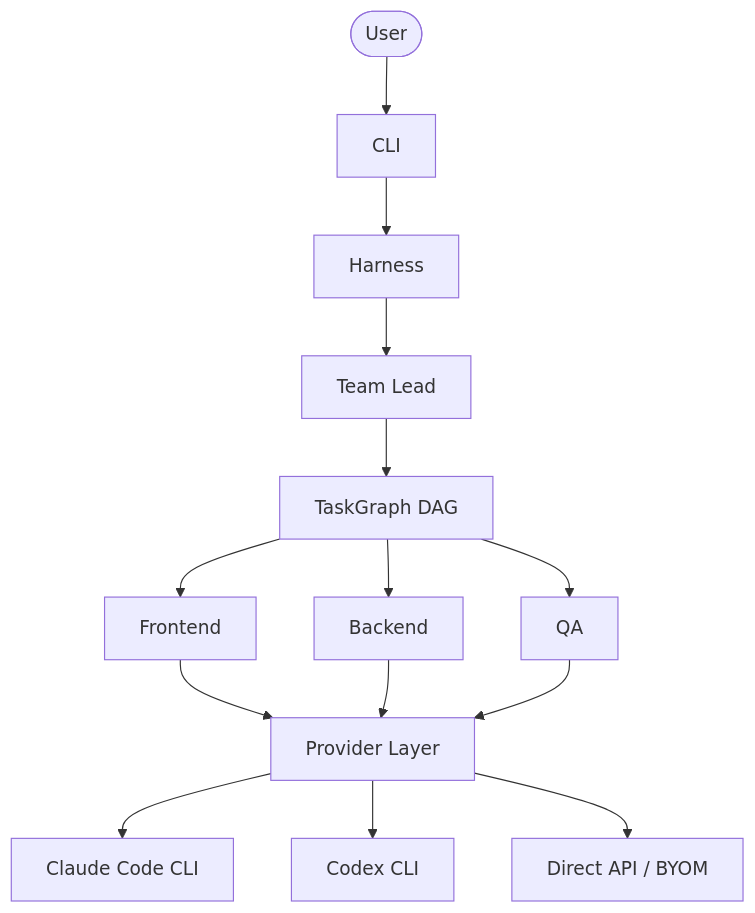
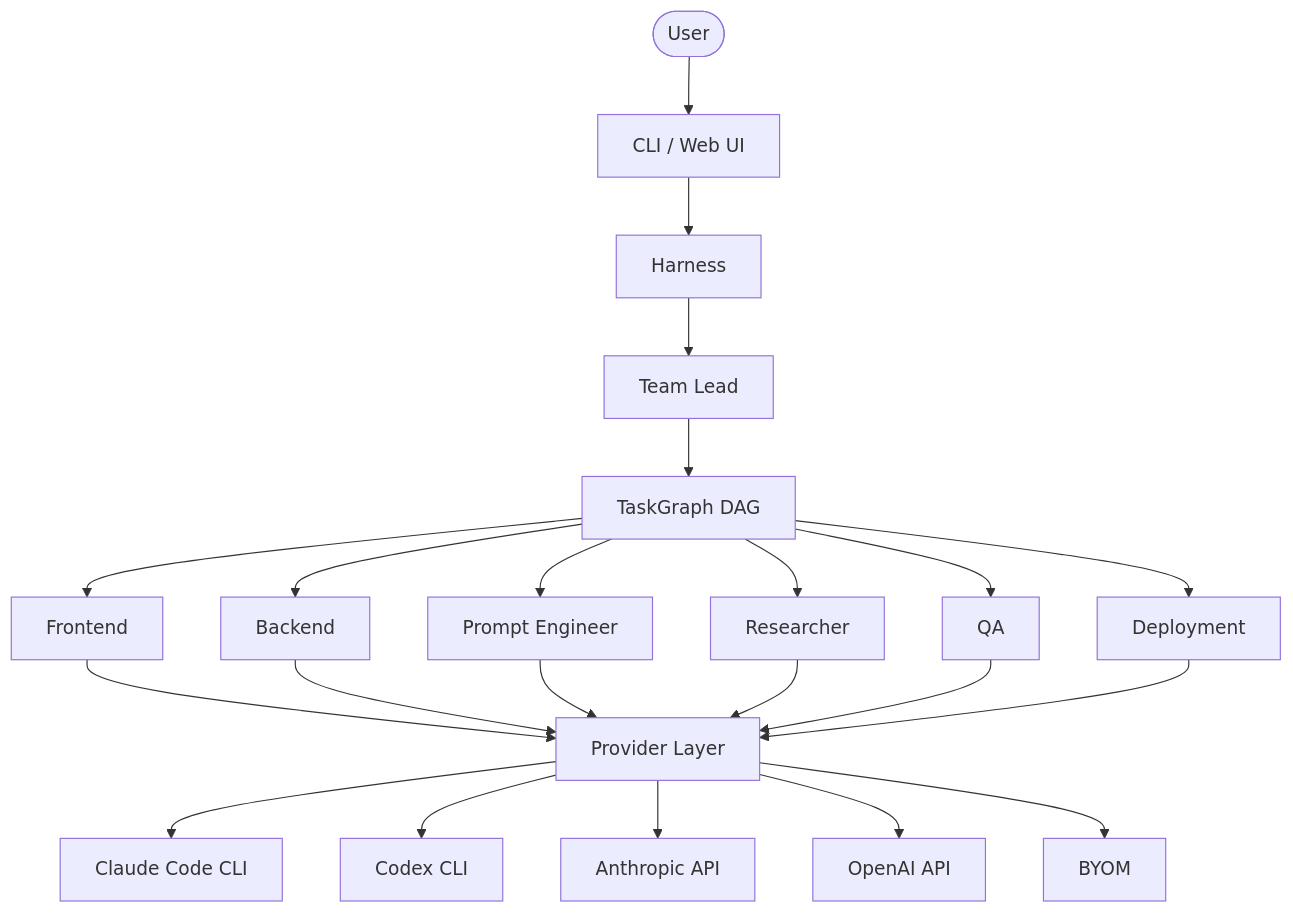
Before and after one commit to Nishchaie/ch.ai: the diagram in README.md, drawn with Mermaid. The commit also changed other lines of this file, not shown here.

````diff
--- a/README.md
+++ b/README.md
@@ -108,16 +108,24 @@
 ```mermaid
 flowchart TB
-    User([User]) --> CLI[CLI]
+    User([User]) --> CLI[CLI / Web UI]
     CLI --> Harness[Harness]
     Harness --> Lead[Team Lead]
     Lead --> TaskGraph[TaskGraph DAG]
     TaskGraph --> FE[Frontend]
     TaskGraph --> BE[Backend]
+    TaskGraph --> Prompt[Prompt Engineer]
+    TaskGraph --> Researcher[Researcher]
     TaskGraph --> QA[QA]
+    TaskGraph --> Deploy[Deployment]
     FE --> Providers[Provider Layer]
     BE --> Providers
+    Prompt --> Providers
+    Researcher --> Providers
     QA --> Providers
+    Deploy --> Providers
     Providers --> ClaudeCode[Claude Code CLI]
     Providers --> Codex[Codex CLI]
-    Providers --> API[Direct API / BYOM]
+    Providers --> AnthropicAPI[Anthropic API]
+    Providers --> OpenAIAPI[OpenAI API]
+    Providers --> Custom[BYOM]
 ```
````
